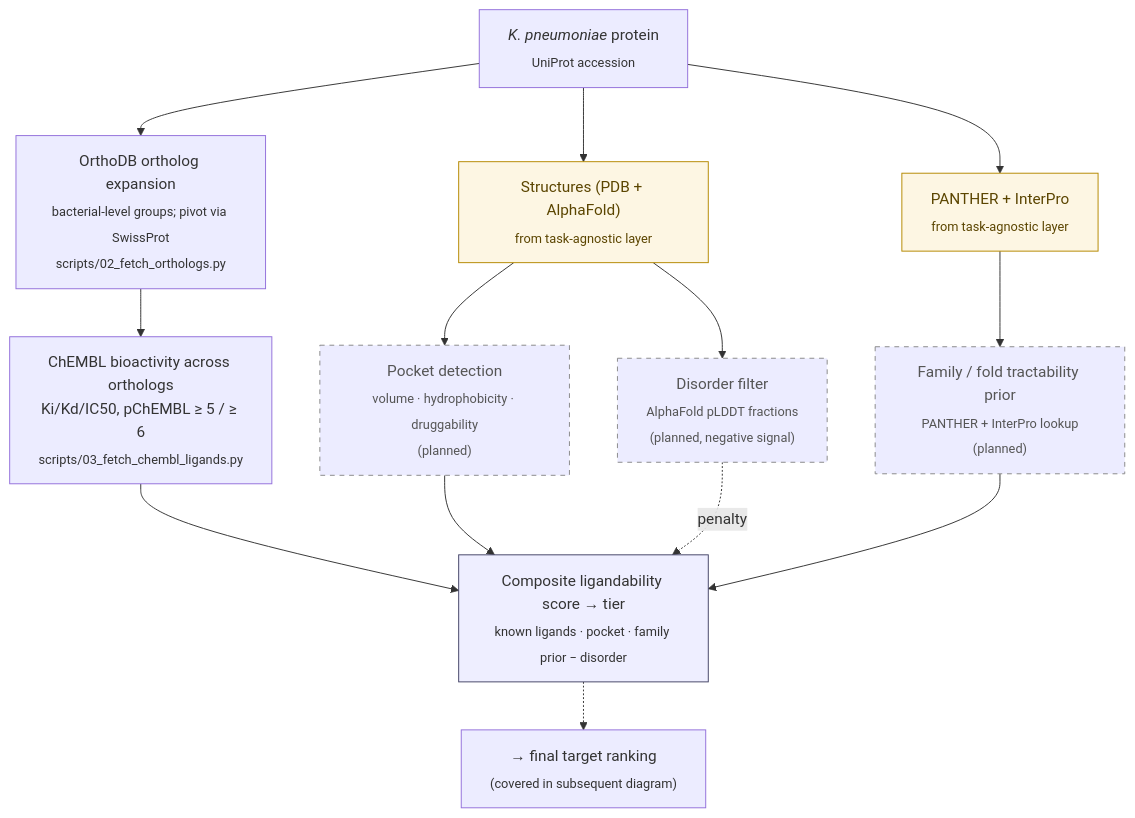
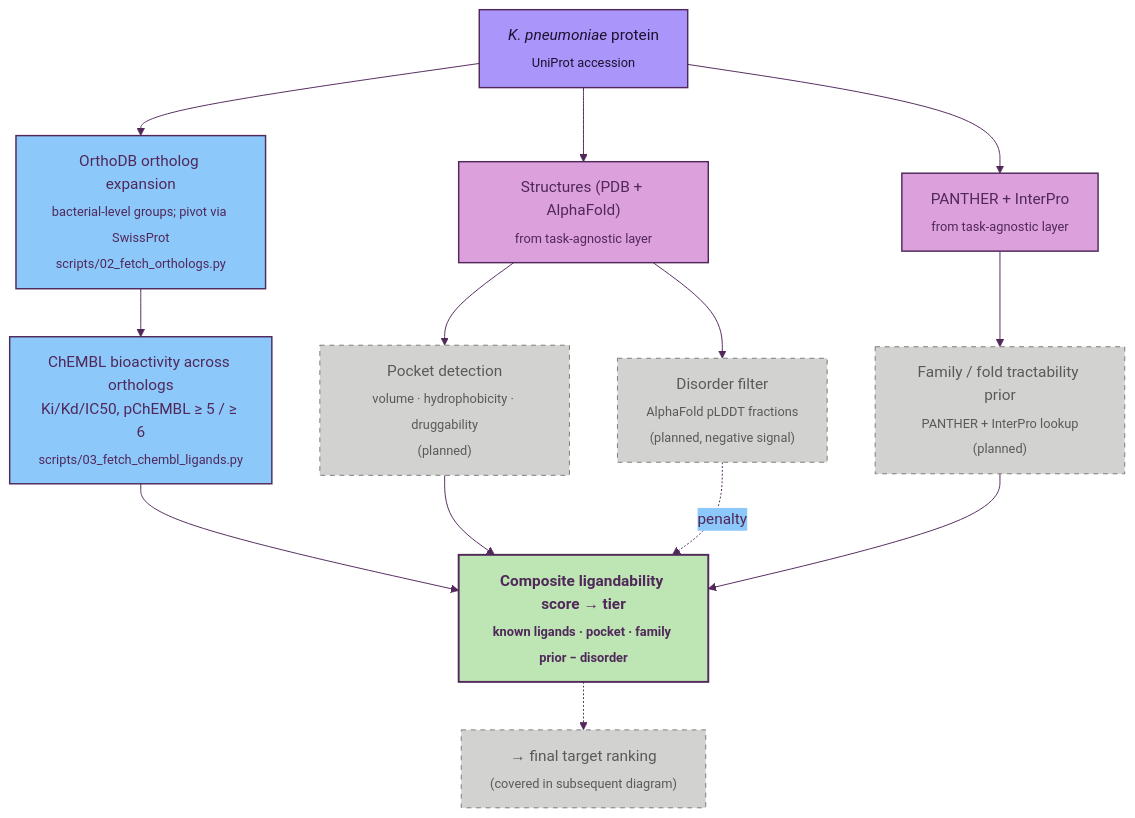
Before and after one commit to ersilia-os/gradi-target-prioritization: the second of 4 diagrams in docs/pipeline.md, drawn with Mermaid. The commit also changed other lines of this file and 1 other file, not shown here.

Commit message:
more diagrams

````diff
--- a/docs/pipeline.md
+++ b/docs/pipeline.md
@@ -69,28 +85,33 @@
 ```mermaid
+%%{init: {'theme':'base','themeVariables':{'primaryColor':'#FAD782','primaryBorderColor':'#50285A','primaryTextColor':'#50285A','lineColor':'#50285A','secondaryColor':'#8CC8FA','tertiaryColor':'#BEE6B4','fontFamily':'Inter, system-ui, sans-serif'}}}%%
 flowchart TD
-    classDef planned stroke-dasharray: 5 5,stroke:#888,color:#555
-    classDef sink fill:#eef,stroke:#446
-    classDef tagnostic fill:#fdf6e3,stroke:#b58900,color:#5b4500
+    classDef source    fill:#AA96FA,stroke:#50285A,stroke-width:1.5px,color:#1F0F2E
+    classDef dataset   fill:#FAD782,stroke:#50285A,stroke-width:1.5px,color:#50285A
+    classDef method    fill:#8CC8FA,stroke:#50285A,stroke-width:1.5px,color:#50285A
+    classDef result    fill:#BEE6B4,stroke:#50285A,stroke-width:2px,color:#50285A,font-weight:bold
+    classDef tagnostic fill:#DCA0DC,stroke:#50285A,stroke-width:1.5px,color:#50285A
+    classDef stub      fill:#FAA08C,stroke:#50285A,stroke-width:1.5px,stroke-dasharray:6 3,color:#50285A
+    classDef planned   fill:#D2D2D0,stroke:#7A7A78,stroke-width:1px,stroke-dasharray:5 5,color:#5A5A58
 
-    P["<i>K. pneumoniae</i> protein<br/><sub>UniProt accession</sub>"]
+    P["<i>K. pneumoniae</i> protein<br/><sub>UniProt accession</sub>"]:::source
 
     STR["Structures (PDB + AlphaFold)<br/><sub>from task-agnostic layer</sub>"]:::tagnostic
     FAM["PANTHER + InterPro<br/><sub>from task-agnostic layer</sub>"]:::tagnostic
 
-    P --> ORTH["OrthoDB ortholog expansion<br/><sub>bacterial-level groups; pivot via SwissProt</sub><br/><sub>scripts/02_fetch_orthologs.py</sub>"]
-    ORTH --> CHEM["ChEMBL bioactivity across orthologs<br/>Ki/Kd/IC50, pChEMBL ≥ 5 / ≥ 6<br/><sub>scripts/03_fetch_chembl_ligands.py</sub>"]
+    P --> ORTH["OrthoDB ortholog expansion<br/><sub>bacterial-level groups; pivot via SwissProt</sub><br/><sub>scripts/02_fetch_orthologs.py</sub>"]:::method
+    ORTH --> CHEM["ChEMBL bioactivity across orthologs<br/>Ki/Kd/IC50, pChEMBL ≥ 5 / ≥ 6<br/><sub>scripts/03_fetch_chembl_ligands.py</sub>"]:::method
 
     P --> STR
     P --> FAM
 
     STR --> POCK["Pocket detection<br/><sub>volume · hydrophobicity · druggability</sub><br/><sub>(planned)</sub>"]:::planned
     STR --> DIS["Disorder filter<br/><sub>AlphaFold pLDDT fractions</sub><br/><sub>(planned, negative signal)</sub>"]:::planned
     FAM --> PRIOR["Family / fold tractability prior<br/><sub>PANTHER + InterPro lookup</sub><br/><sub>(planned)</sub>"]:::planned
 
-    CHEM  --> SCORE["Composite ligandability score → tier<br/><sub>known ligands · pocket · family prior − disorder</sub>"]:::sink
+    CHEM  --> SCORE["Composite ligandability score → tier<br/><sub>known ligands · pocket · family prior − disorder</sub>"]:::result
     POCK  --> SCORE
     PRIOR --> SCORE
     DIS  -.->|"penalty"| SCORE
 
-    SCORE -.-> NEXT["→ final target ranking<br/><sub>(covered in subsequent diagram)</sub>"]
+    SCORE -.-> NEXT["→ final target ranking<br/><sub>(covered in subsequent diagram)</sub>"]:::planned
 ```
````
